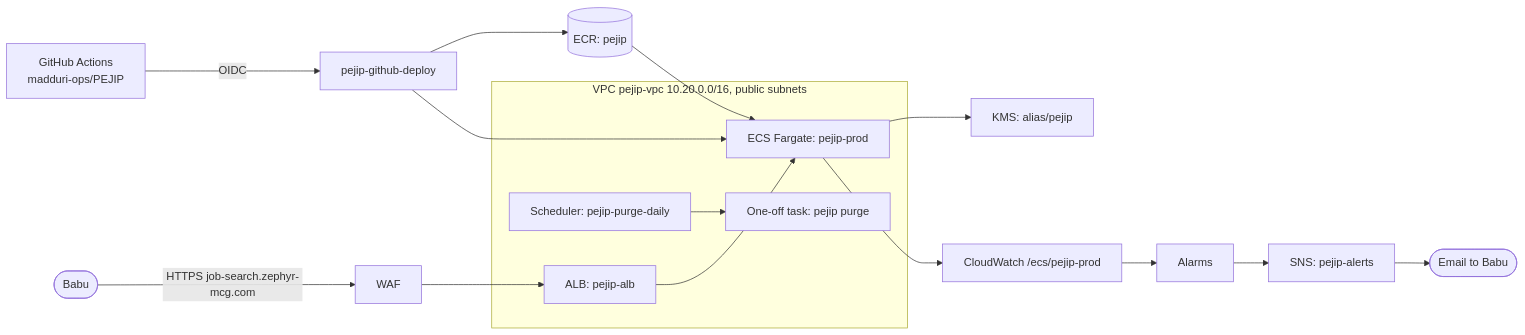
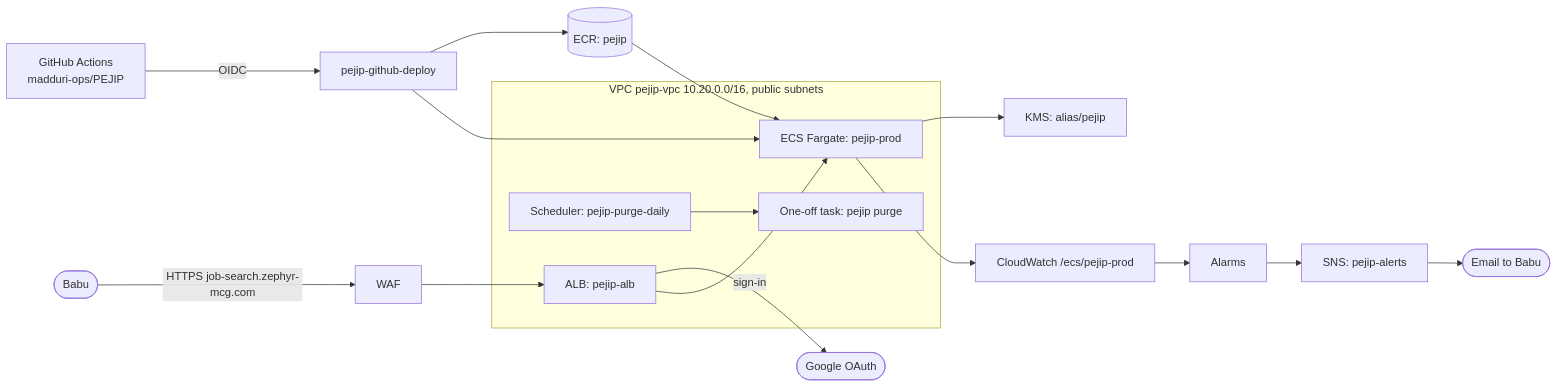
The second of 2 diagrams in docs/architecture/overview.md (madduri-ops/PEJIP), drawn with Mermaid before and after one commit. The commit also changed other lines of this file and 25 other files, not shown here.

First line of the commit message:
Require Google sign-in for job-search.zephyr-mcg.com (#28)

````diff
--- a/docs/architecture/overview.md
+++ b/docs/architecture/overview.md
@@ -65,15 +67,16 @@
 ```mermaid
 flowchart LR
     gh[GitHub Actions<br/>madduri-ops/PEJIP] -- OIDC --> role[pejip-github-deploy]
     role --> ecr[(ECR: pejip)]
     role --> svc
     user([Babu]) -- HTTPS job-search.zephyr-mcg.com --> waf[WAF] --> alb[ALB: pejip-alb]
+    alb -- sign-in --> google([Google OAuth])
     subgraph vpc[VPC pejip-vpc 10.20.0.0/16, public subnets]
         alb --> svc[ECS Fargate: pejip-prod]
         sched[Scheduler: pejip-purge-daily] --> purge[One-off task: pejip purge]
     end
     ecr --> svc
     svc --> kms[KMS: alias/pejip]
     svc --> logs[CloudWatch /ecs/pejip-prod]
     logs --> alarms[Alarms] --> sns[SNS: pejip-alerts] --> mail([Email to Babu])
 ```
````
